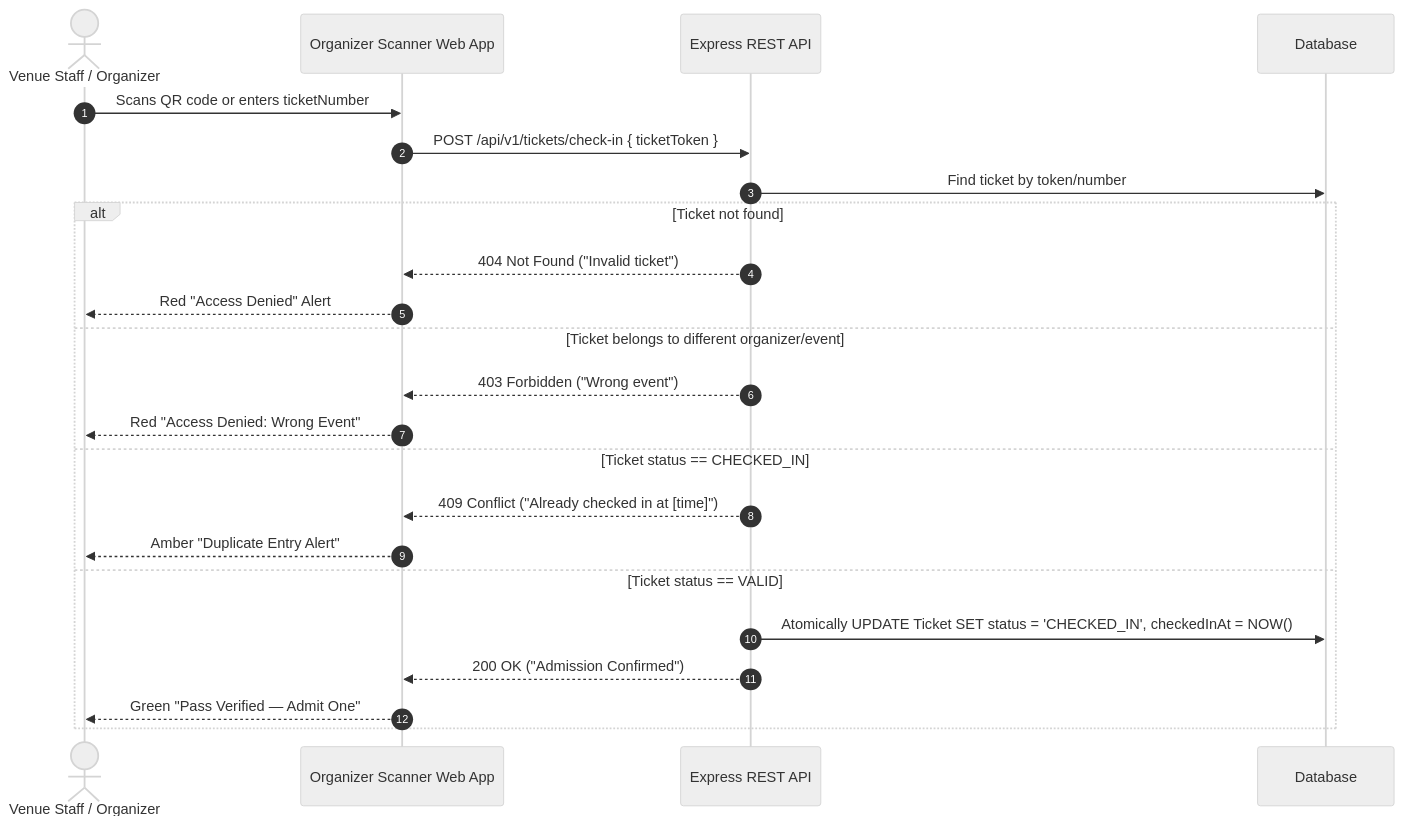
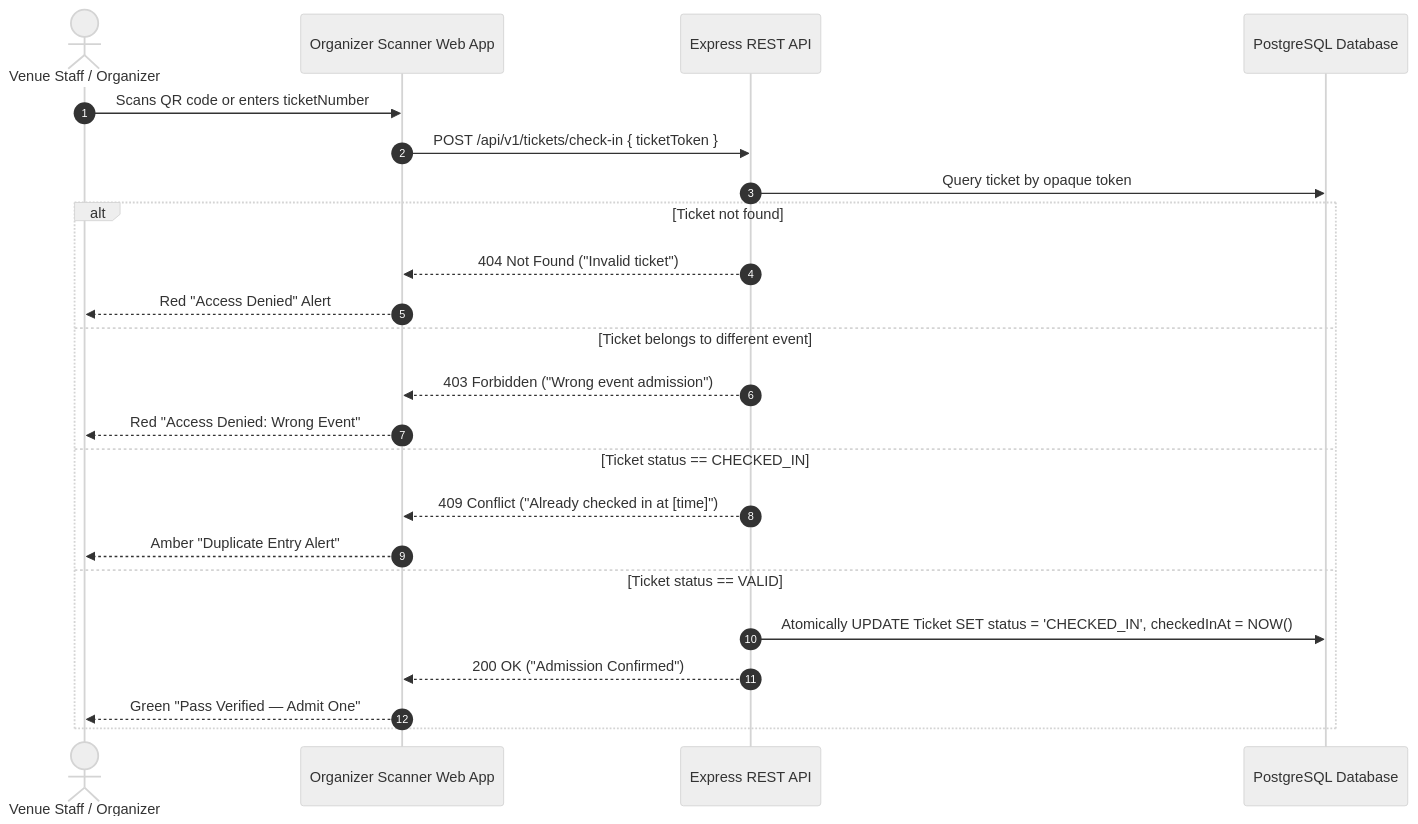
The fifth of 6 diagrams in docs/flow-diagram.md (meiyarasam/eventra-event-booking), drawn with Mermaid (neutral theme) before and after one commit. The commit also changed other lines of this file and 5 other files, not shown here.

````diff
--- a/docs/flow-diagram.md
+++ b/docs/flow-diagram.md
@@ -124,26 +124,26 @@
 ```mermaid
 sequenceDiagram
     autonumber
     actor Staff as Venue Staff / Organizer
     participant Scanner as Organizer Scanner Web App
     participant API as Express REST API
-    participant DB as Database
+    participant DB as PostgreSQL Database
 
     Staff->>Scanner: Scans QR code or enters ticketNumber
     Scanner->>API: POST /api/v1/tickets/check-in { ticketToken }
-    API->>DB: Find ticket by token/number
+    API->>DB: Query ticket by opaque token
     alt Ticket not found
         API-->>Scanner: 404 Not Found ("Invalid ticket")
         Scanner-->>Staff: Red "Access Denied" Alert
-    else Ticket belongs to different organizer/event
-        API-->>Scanner: 403 Forbidden ("Wrong event")
+    else Ticket belongs to different event
+        API-->>Scanner: 403 Forbidden ("Wrong event admission")
         Scanner-->>Staff: Red "Access Denied: Wrong Event"
     else Ticket status == CHECKED_IN
         API-->>Scanner: 409 Conflict ("Already checked in at [time]")
         Scanner-->>Staff: Amber "Duplicate Entry Alert"
     else Ticket status == VALID
         API->>DB: Atomically UPDATE Ticket SET status = 'CHECKED_IN', checkedInAt = NOW()
         API-->>Scanner: 200 OK ("Admission Confirmed")
         Scanner-->>Staff: Green "Pass Verified — Admit One"
     end
 ```
````
